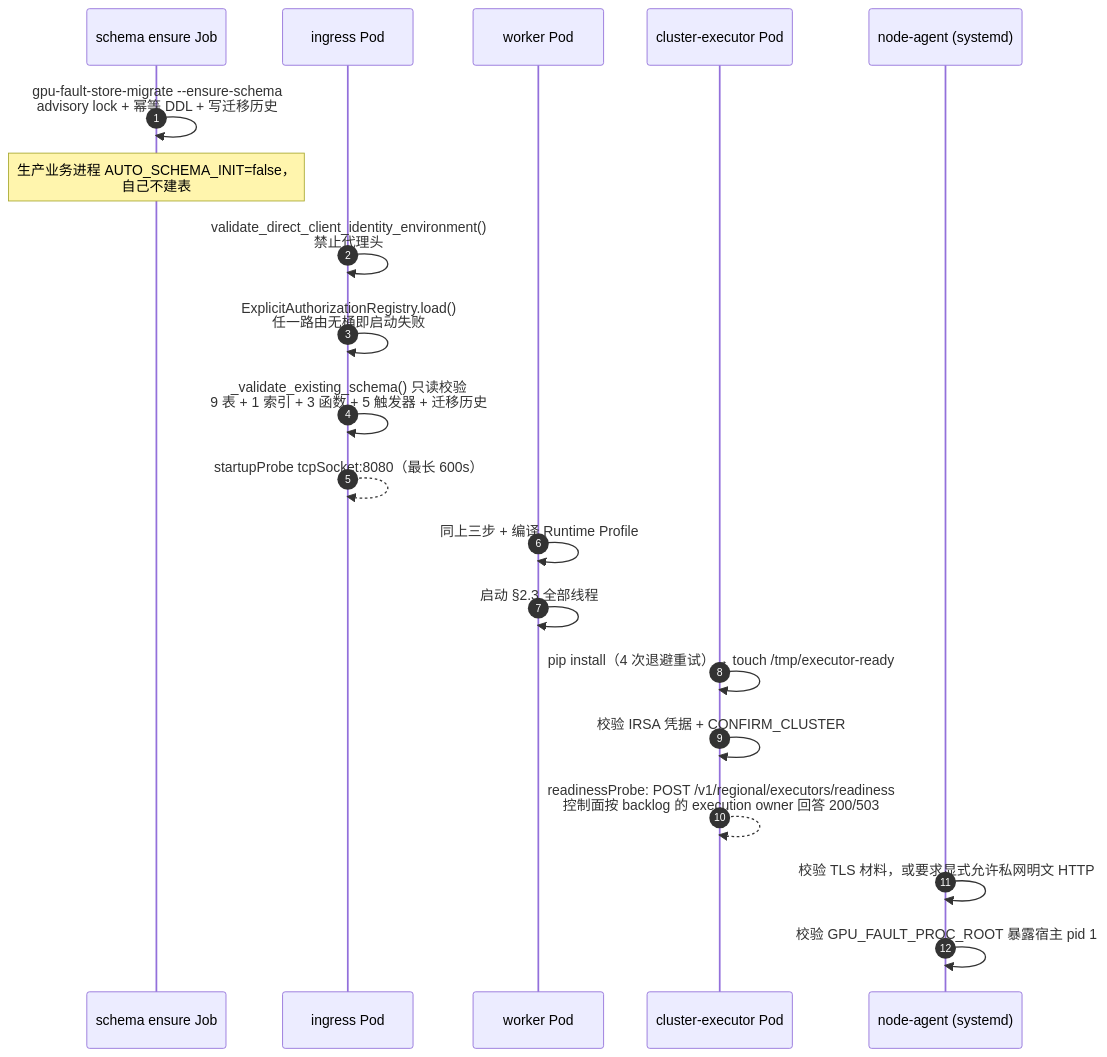
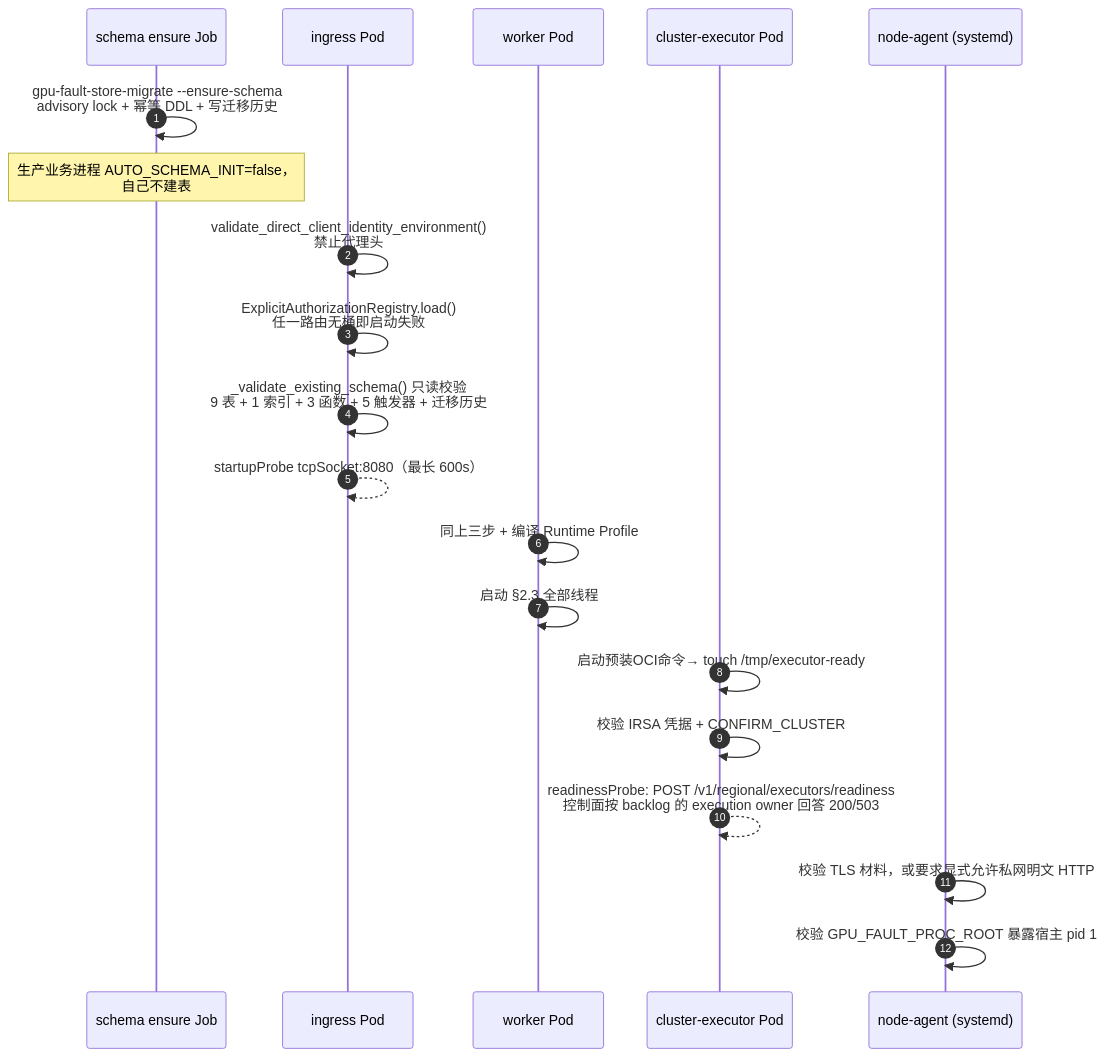
One commit to yuhuiaws/GPU-Fault-Recovery-System changed the first of 10 diagrams in docs/详细设计-v2.md. Above: the diagram before and after it, drawn with Mermaid. The commit also changed other lines of this file and 151 other files, not shown here.

````diff
--- a/docs/详细设计-v2.md
+++ b/docs/详细设计-v2.md
@@ -286,23 +286,23 @@
 ```mermaid
 sequenceDiagram
     autonumber
     participant Job as schema ensure Job
     participant Ing as ingress Pod
     participant Wk as worker Pod
     participant Exe as cluster-executor Pod
     participant Ag as node-agent (systemd)
 
     Job->>Job: gpu-fault-store-migrate --ensure-schema<br/>advisory lock + 幂等 DDL + 写迁移历史
     Note over Job: 生产业务进程 AUTO_SCHEMA_INIT=false，<br/>自己不建表
     Ing->>Ing: validate_direct_client_identity_environment()<br/>禁止代理头
     Ing->>Ing: ExplicitAuthorizationRegistry.load()<br/>任一路由无桶即启动失败
     Ing->>Ing: _validate_existing_schema() 只读校验<br/>9 表 + 1 索引 + 3 函数 + 5 触发器 + 迁移历史
     Ing-->>Ing: startupProbe tcpSocket:8080（最长 600s）
     Wk->>Wk: 同上三步 + 编译 Runtime Profile
     Wk->>Wk: 启动 §2.3 全部线程
-    Exe->>Exe: pip install（4 次退避重试）→ touch /tmp/executor-ready
+    Exe->>Exe: 启动预装OCI命令→ touch /tmp/executor-ready
     Exe->>Exe: 校验 IRSA 凭据 + CONFIRM_CLUSTER
     Exe-->>Exe: readinessProbe: POST /v1/regional/executors/readiness<br/>控制面按 backlog 的 execution owner 回答 200/503
     Ag->>Ag: 校验 TLS 材料，或要求显式允许私网明文 HTTP
     Ag->>Ag: 校验 GPU_FAULT_PROC_ROOT 暴露宿主 pid 1
 ```
````
